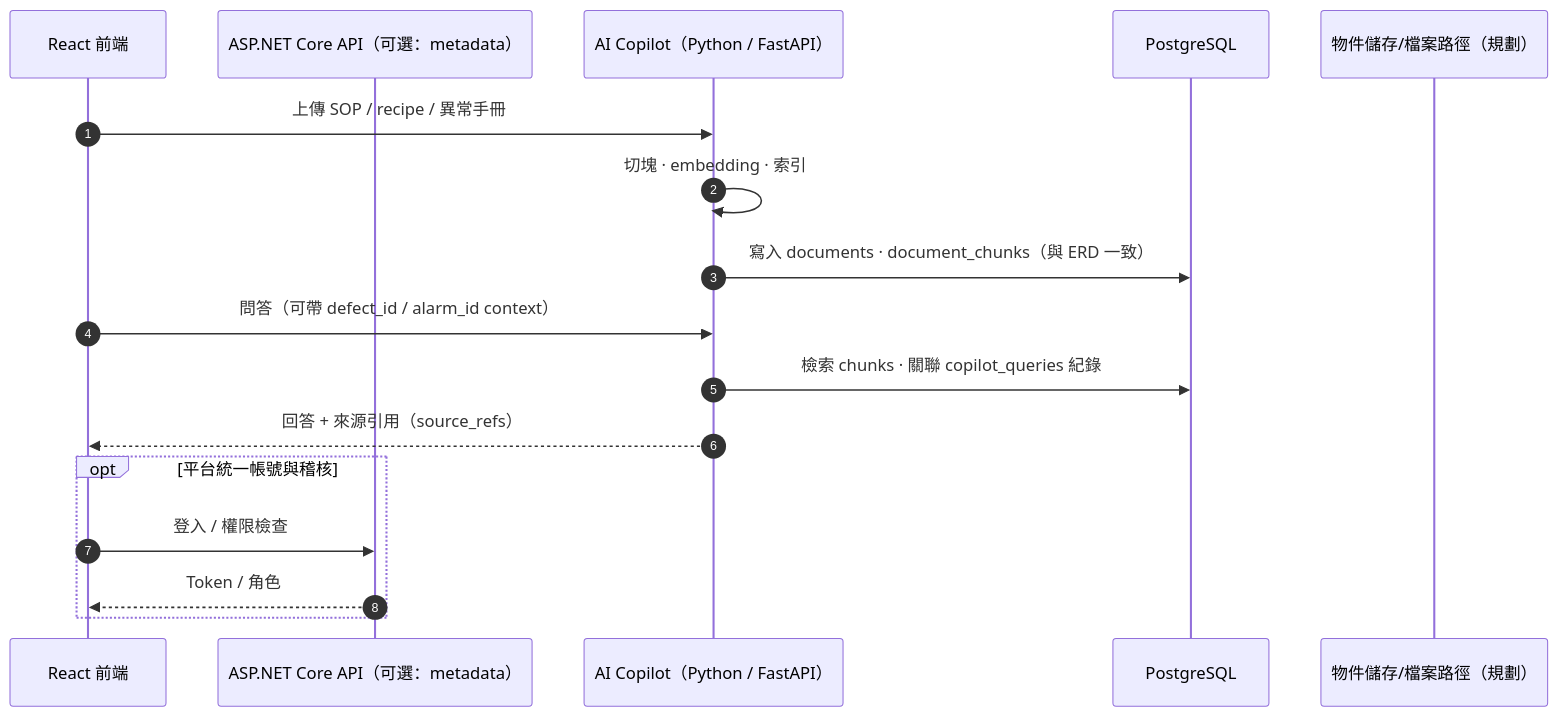
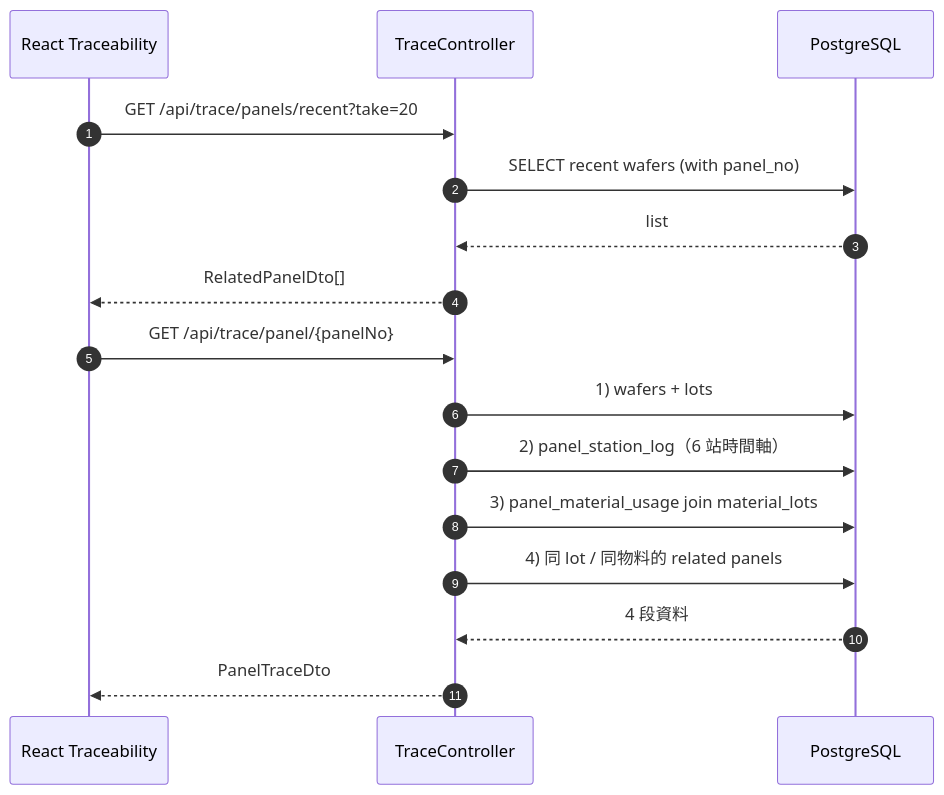
Before and after one commit to sfad159357/aoi-ops-platform: the fifth of 6 diagrams in graph.md, drawn with Mermaid. The commit also changed other lines of this file and 92 other files, not shown here.

````diff
--- a/graph.md
+++ b/graph.md
@@ -164,20 +198,19 @@
 ```mermaid
 sequenceDiagram
   autonumber
-  participant UI as React 前端
-  participant API as ASP.NET Core API（可選：metadata）
-  participant COP as AI Copilot（Python / FastAPI）
+  participant FE as React Traceability
+  participant API as TraceController
   participant PG as PostgreSQL
-  participant FS as 物件儲存/檔案路徑（規劃）
 
-  UI->>COP: 上傳 SOP / recipe / 異常手冊
-  COP->>COP: 切塊 · embedding · 索引
-  COP->>PG: 寫入 documents · document_chunks（與 ERD 一致）
-  UI->>COP: 問答（可帶 defect_id / alarm_id context）
-  COP->>PG: 檢索 chunks · 關聯 copilot_queries 紀錄
-  COP-->>UI: 回答 + 來源引用（source_refs）
-  opt 平台統一帳號與稽核
-    UI->>API: 登入 / 權限檢查
-    API-->>UI: Token / 角色
-  end
+  FE->>API: GET /api/trace/panels/recent?take=20
+  API->>PG: SELECT recent wafers (with panel_no)
+  PG-->>API: list
+  API-->>FE: RelatedPanelDto[]
+  FE->>API: GET /api/trace/panel/{panelNo}
+  API->>PG: 1) wafers + lots
+  API->>PG: 2) panel_station_log（6 站時間軸）
+  API->>PG: 3) panel_material_usage join material_lots
+  API->>PG: 4) 同 lot / 同物料的 related panels
+  PG-->>API: 4 段資料
+  API-->>FE: PanelTraceDto
 ```
````
